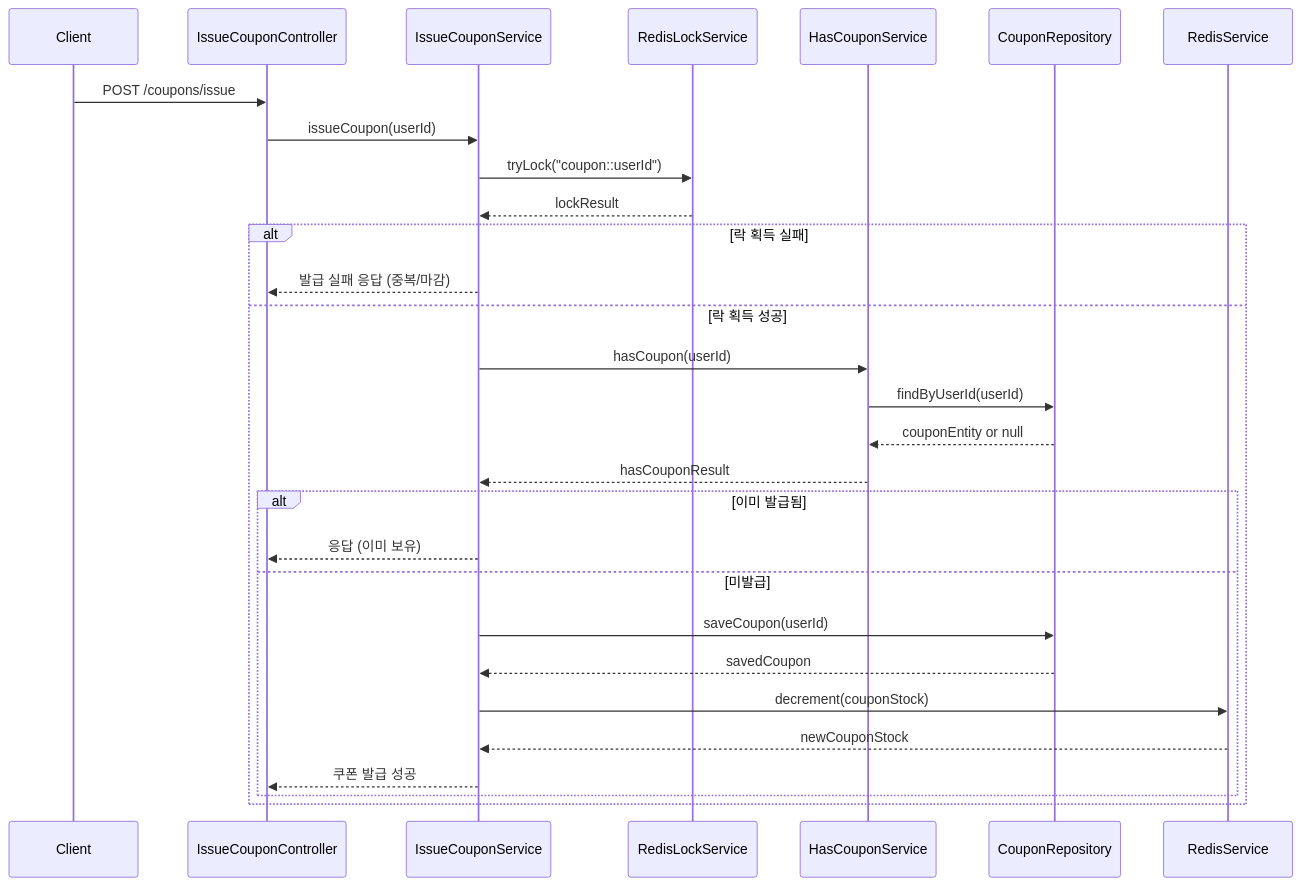
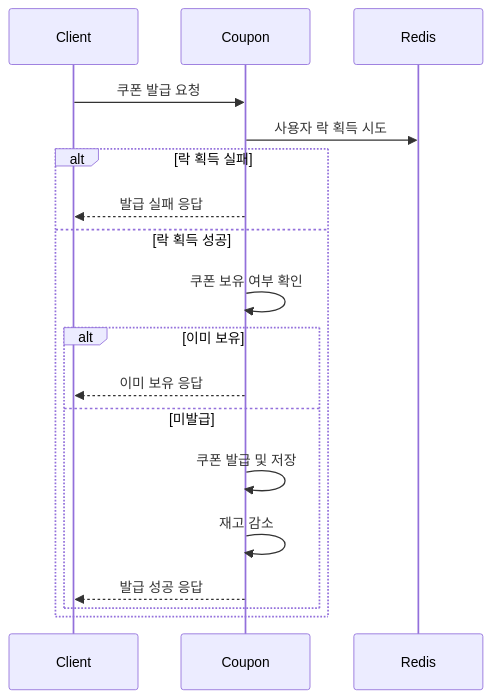
The third of 5 diagrams in docs/SEQUENCE_DIAGRAM.md (boldfaced7/hhplus-e-commerce), drawn with Mermaid before and after one commit. The commit also changed other lines of this file, not shown here.

````diff
--- a/docs/SEQUENCE_DIAGRAM.md
+++ b/docs/SEQUENCE_DIAGRAM.md
@@ -48,32 +34,21 @@
 ```mermaid
 sequenceDiagram
-    participant C as Client
-    participant CC as IssueCouponController
-    participant CI as IssueCouponService
-    participant RL as RedisLockService
-    participant CQ as HasCouponService
-    participant CR as CouponRepository
-    participant RS as RedisService
+    participant Client
+    participant Coupon
+    participant Redis
 
-    C ->> CC : POST /coupons/issue
-    CC ->> CI : issueCoupon(userId)
-    CI ->> RL : tryLock("coupon::userId")
-    RL -->> CI : lockResult
+    Client ->> Coupon: 쿠폰 발급 요청
+    Coupon ->> Redis: 사용자 락 획득 시도
     alt 락 획득 실패
-        CI -->> CC : 발급 실패 응답 (중복/마감)
+        Coupon -->> Client: 발급 실패 응답
     else 락 획득 성공
-        CI ->> CQ : hasCoupon(userId)
-        CQ ->> CR : findByUserId(userId)
-        CR -->> CQ : couponEntity or null
-        CQ -->> CI : hasCouponResult
-        alt 이미 발급됨
-            CI -->> CC : 응답 (이미 보유)
+        Coupon ->> Coupon: 쿠폰 보유 여부 확인
+        alt 이미 보유
+            Coupon -->> Client: 이미 보유 응답
         else 미발급
-            CI ->> CR : saveCoupon(userId)
-            CR -->> CI : savedCoupon
-            CI ->> RS : decrement(couponStock)
-            RS -->> CI : newCouponStock
-            CI -->> CC : 쿠폰 발급 성공
+            Coupon ->> Coupon: 쿠폰 발급 및 저장
+            Coupon ->> Coupon: 재고 감소
+            Coupon -->> Client: 발급 성공 응답
         end
     end
 ```
````
